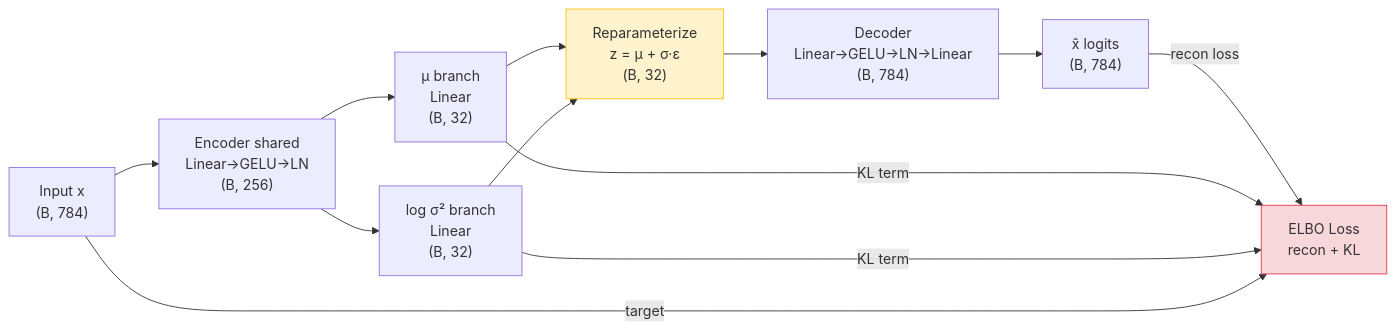
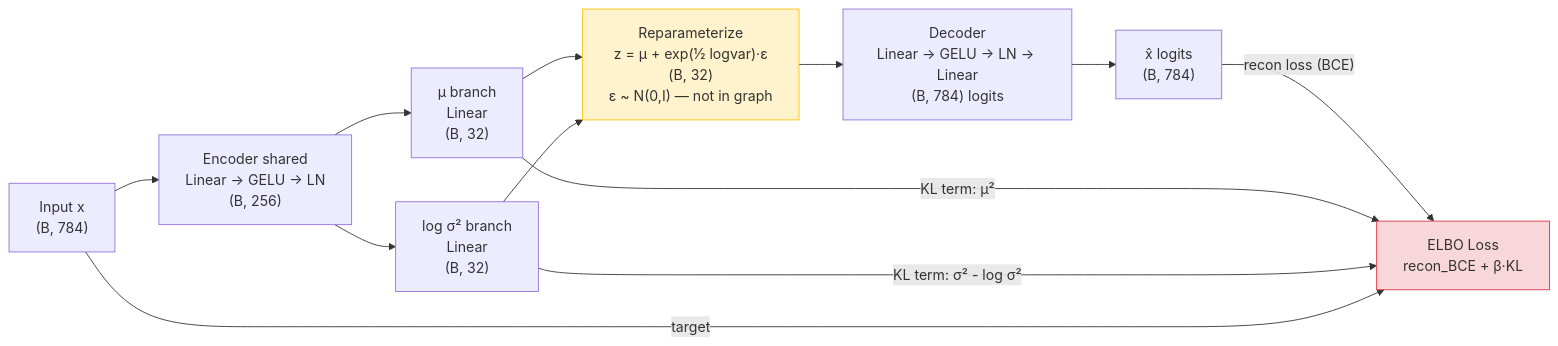
One commit to blebleblee/synapse changed the fifth of 7 diagrams in topics/computing/ai/vibe_coding/lesson_02_architecture_and_mechanics.md. Above: the diagram before and after it, drawn with Mermaid. The commit also changed other lines of this file and 4 other files, not shown here.

````diff
--- a/topics/computing/ai/vibe_coding/lesson_02_architecture_and_mechanics.md
+++ b/topics/computing/ai/vibe_coding/lesson_02_architecture_and_mechanics.md
@@ -378,26 +577,26 @@
 ```mermaid
 flowchart LR
     X["Input x\n(B, 784)"]
-    ES["Encoder shared\nLinear→GELU→LN\n(B, 256)"]
+    ES["Encoder shared\nLinear → GELU → LN\n(B, 256)"]
     MU["μ branch\nLinear\n(B, 32)"]
     LV["log σ² branch\nLinear\n(B, 32)"]
-    REP["Reparameterize\nz = μ + σ·ε\n(B, 32)"]
-    DEC["Decoder\nLinear→GELU→LN→Linear\n(B, 784)"]
+    REP["Reparameterize\nz = μ + exp(½ logvar)·ε\n(B, 32)\nε ~ N(0,I) — not in graph"]
+    DEC["Decoder\nLinear → GELU → LN → Linear\n(B, 784) logits"]
     RECON["x̂ logits\n(B, 784)"]
-    LOSS["ELBO Loss\nrecon + KL"]
+    LOSS["ELBO Loss\nrecon_BCE + β·KL"]
 
     X --> ES
     ES --> MU
     ES --> LV
     MU --> REP
     LV --> REP
     REP --> DEC
     DEC --> RECON
-    RECON -->|"recon loss"| LOSS
-    MU    -->|"KL term"| LOSS
-    LV    -->|"KL term"| LOSS
+    RECON -->|"recon loss (BCE)"| LOSS
+    MU    -->|"KL term: μ²"| LOSS
+    LV    -->|"KL term: σ² - log σ²"| LOSS
     X     -->|"target"| LOSS
 
     style REP fill:#fff3cd,stroke:#ffc107
     style LOSS fill:#f8d7da,stroke:#dc3545
 ```
````
